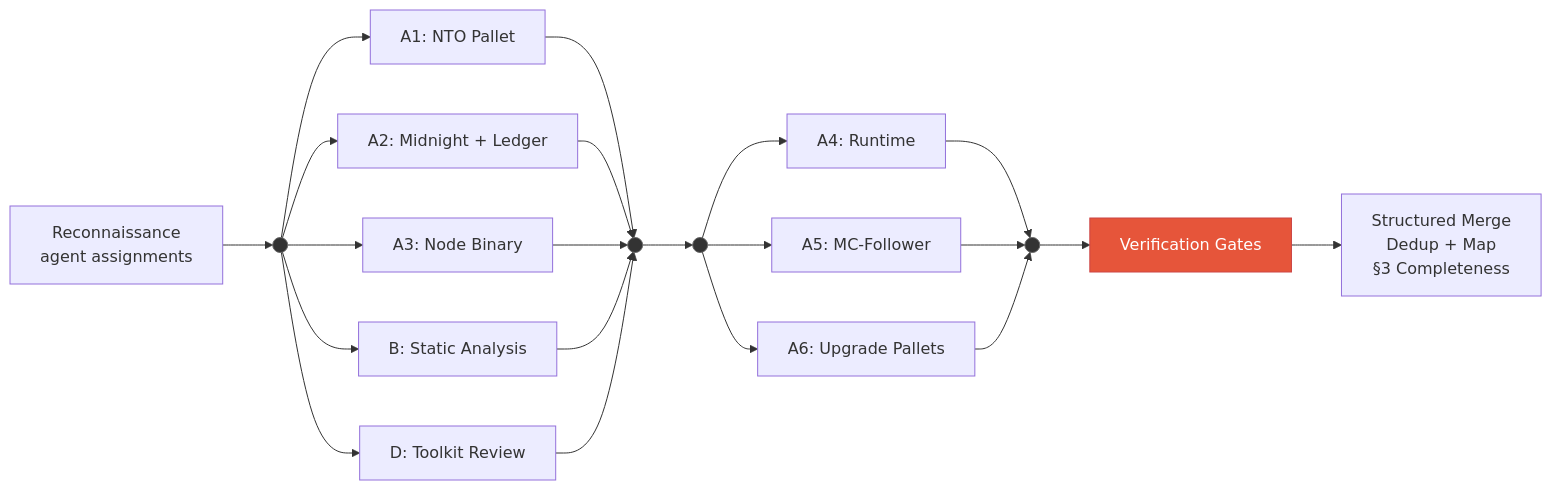
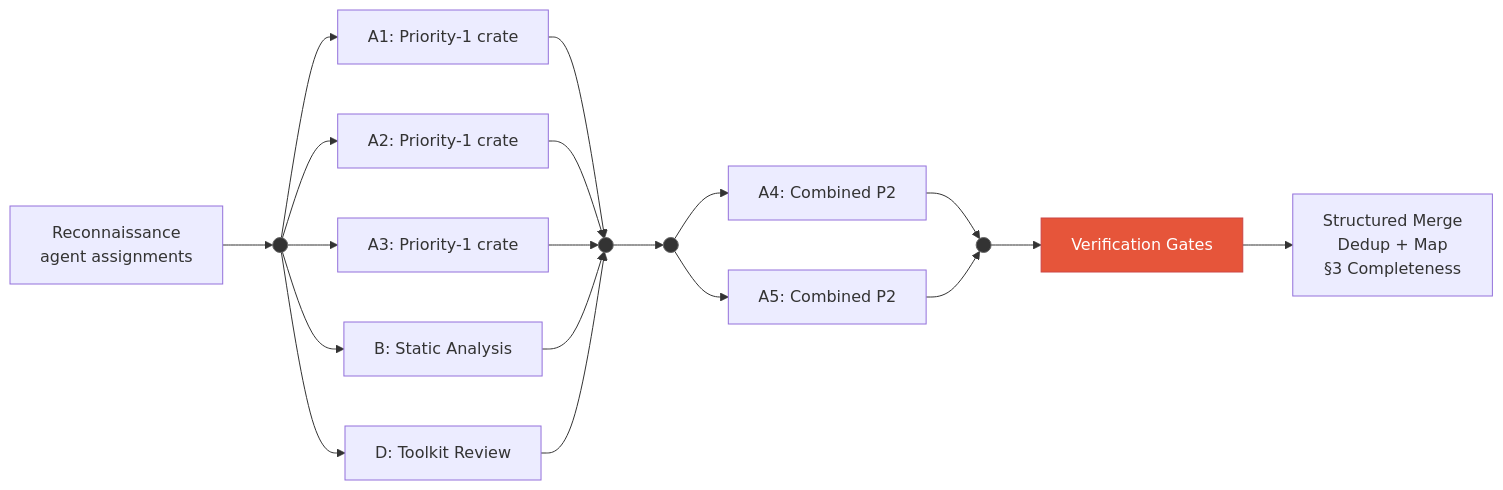
Before and after one commit to m2ux/workflow-server: the second of 6 diagrams in substrate-node-security-audit/README.md, drawn with Mermaid. The commit also changed other lines of this file, not shown here.

````diff
--- a/substrate-node-security-audit/README.md
+++ b/substrate-node-security-audit/README.md
@@ -91,35 +92,33 @@
 ```mermaid
 graph LR
     REC[Reconnaissance<br/>agent assignments] --> FORK1(( ))
 
-    FORK1 --> A1["A1: NTO Pallet"]
-    FORK1 --> A2["A2: Midnight + Ledger"]
-    FORK1 --> A3["A3: Node Binary"]
+    FORK1 --> A1["A1: Priority-1 crate"]
+    FORK1 --> A2["A2: Priority-1 crate"]
+    FORK1 --> A3["A3: Priority-1 crate"]
     FORK1 --> B["B: Static Analysis"]
     FORK1 --> D["D: Toolkit Review"]
 
     A1 --> JOIN1(( ))
     A2 --> JOIN1
     A3 --> JOIN1
     B --> JOIN1
     D --> JOIN1
 
     JOIN1 --> FORK2(( ))
 
-    FORK2 --> A4["A4: Runtime"]
-    FORK2 --> A5["A5: MC-Follower"]
-    FORK2 --> A6["A6: Upgrade Pallets"]
+    FORK2 --> A4["A4: Combined P2"]
+    FORK2 --> A5["A5: Combined P2"]
 
     A4 --> JOIN2(( ))
     A5 --> JOIN2
-    A6 --> JOIN2
 
     JOIN2 --> VER["Verification Gates"]
     VER --> MERGE["Structured Merge<br/>Dedup + Map<br/>§3 Completeness"]
 
     style FORK1 fill:#333,stroke:#666,color:#333
     style JOIN1 fill:#333,stroke:#666,color:#333
     style FORK2 fill:#333,stroke:#666,color:#333
     style JOIN2 fill:#333,stroke:#666,color:#333
     style VER fill:#e6553a,stroke:#c44,color:#fff
 ```
````
